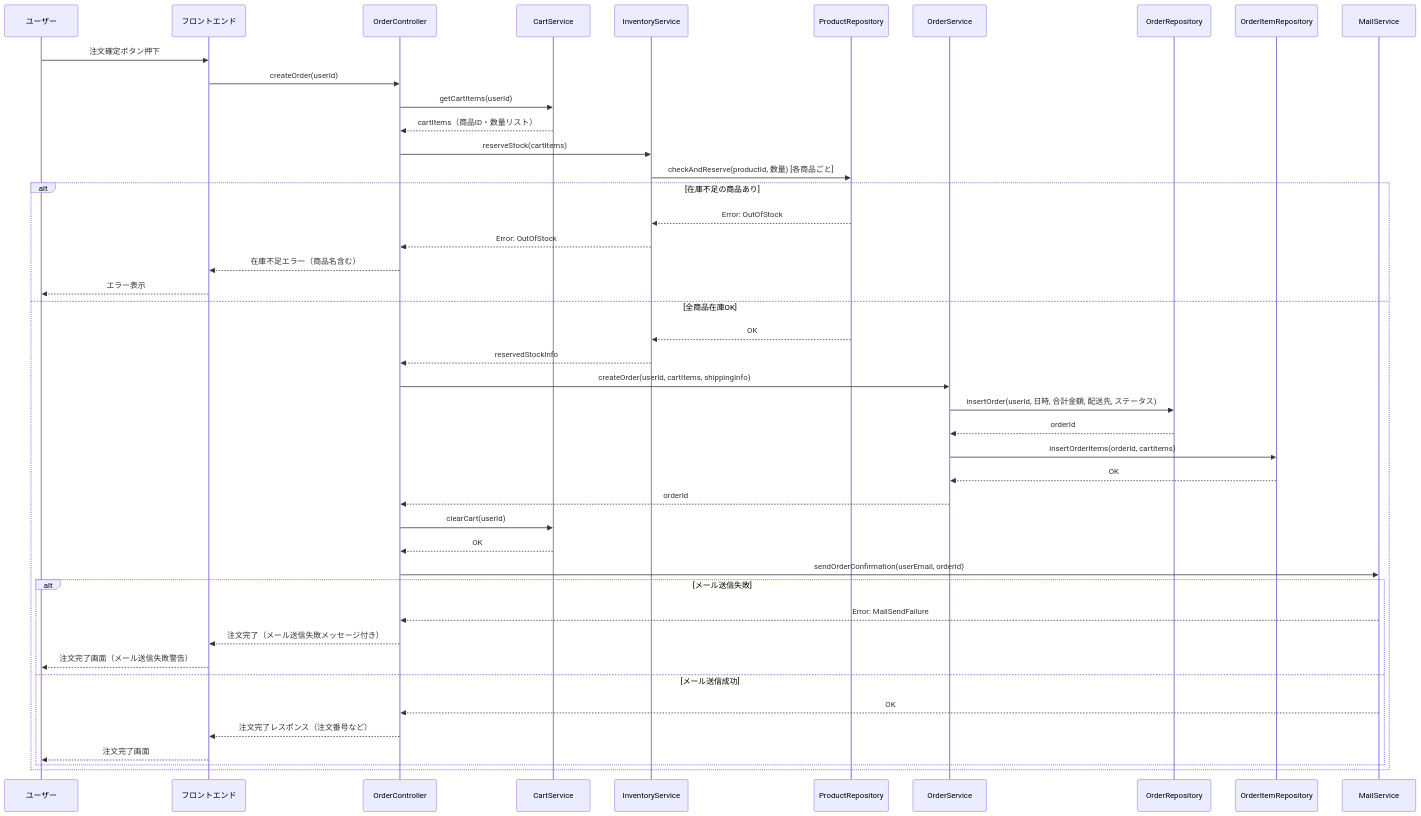
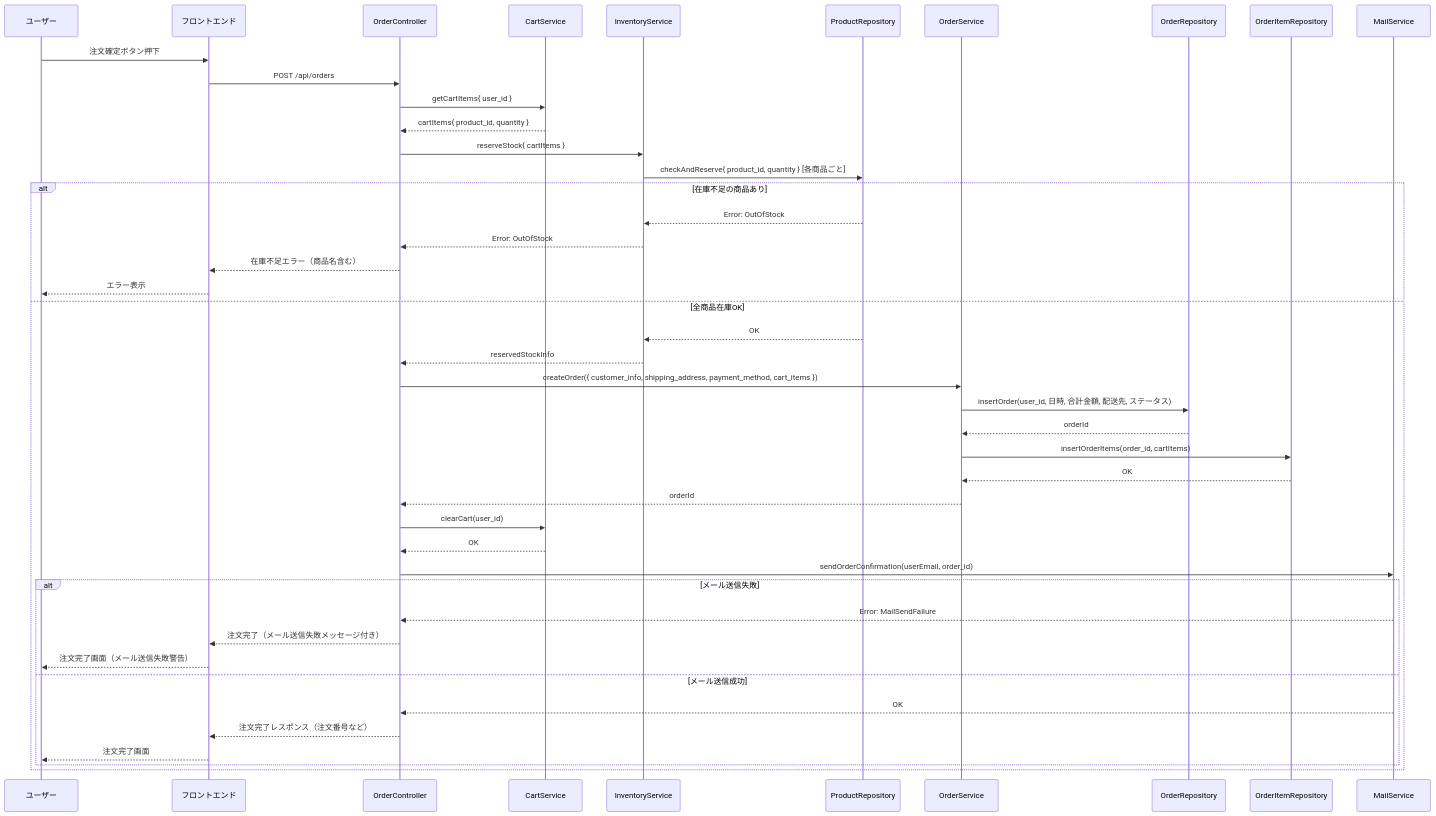
Before and after one commit to Aoi-Yaegashi/teamF: the eighth of 36 diagrams in 詳細設計/提出用/詳細設計書.md, drawn with Mermaid. The commit also changed other lines of this file and 1 other file, not shown here.

```diff
--- a/詳細設計/提出用/詳細設計書.md
+++ b/詳細設計/提出用/詳細設計書.md
@@ -600,50 +600,50 @@
    <div class="mermaid">
 sequenceDiagram
     participant User as ユーザー
     participant FE as フロントエンド
     participant OC as OrderController
     participant CS as CartService
     participant IS as InventoryService
     participant PR as ProductRepository
     participant OS as OrderService
     participant OR as OrderRepository
     participant OIR as OrderItemRepository
     participant MS as MailService
 
     User->>FE: 注文確定ボタン押下
-    FE->>OC: createOrder(userId)
-    OC->>CS: getCartItems(userId)
-    CS-->>OC: cartItems（商品ID・数量リスト）
+    FE->>OC: POST /api/orders
+    OC->>CS: getCartItems{ user_id }
+    CS-->>OC: cartItems{ product_id, quantity }
 
-    OC->>IS: reserveStock(cartItems)
-    IS->>PR: checkAndReserve(productId, 数量) [各商品ごと]
+    OC->>IS: reserveStock{ cartItems }
+    IS->>PR: checkAndReserve{ product_id, quantity } [各商品ごと]
     alt 在庫不足の商品あり
         PR-->>IS: Error: OutOfStock
         IS-->>OC: Error: OutOfStock
         OC-->>FE: 在庫不足エラー（商品名含む）
         FE-->>User: エラー表示
     else 全商品在庫OK
         PR-->>IS: OK
         IS-->>OC: reservedStockInfo
-        OC->>OS: createOrder(userId, cartItems, shippingInfo)
-        OS->>OR: insertOrder(userId, 日時, 合計金額, 配送先, ステータス)
+        OC->>OS: createOrder({ customer_info, shipping_address, payment_method, cart_items })
+        OS->>OR: insertOrder(user_id, 日時, 合計金額, 配送先, ステータス)
         OR-->>OS: orderId
-        OS->>OIR: insertOrderItems(orderId, cartItems)
+        OS->>OIR: insertOrderItems(order_id, cartItems)
         OIR-->>OS: OK
         OS-->>OC: orderId
 
-        OC->>CS: clearCart(userId)
+        OC->>CS: clearCart(user_id)
         CS-->>OC: OK
 
-        OC->>MS: sendOrderConfirmation(userEmail, orderId)
+        OC->>MS: sendOrderConfirmation(userEmail, order_id)
         alt メール送信失敗
             MS-->>OC: Error: MailSendFailure
             OC-->>FE: 注文完了（メール送信失敗メッセージ付き）
             FE-->>User: 注文完了画面（メール送信失敗警告）
         else メール送信成功
             MS-->>OC: OK
             OC-->>FE: 注文完了レスポンス（注文番号など）
             FE-->>User: 注文完了画面
         end
     end
 </div>
```
